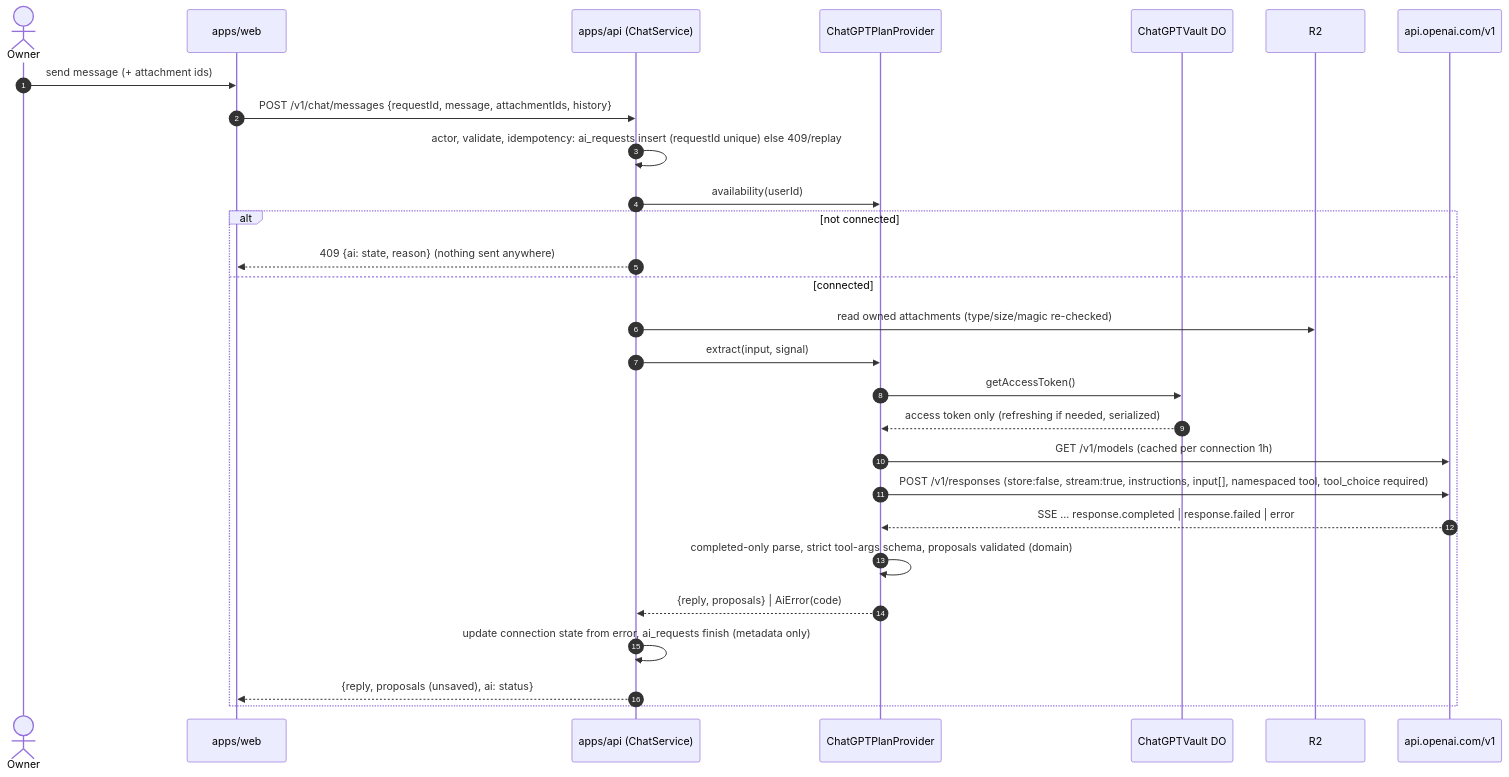
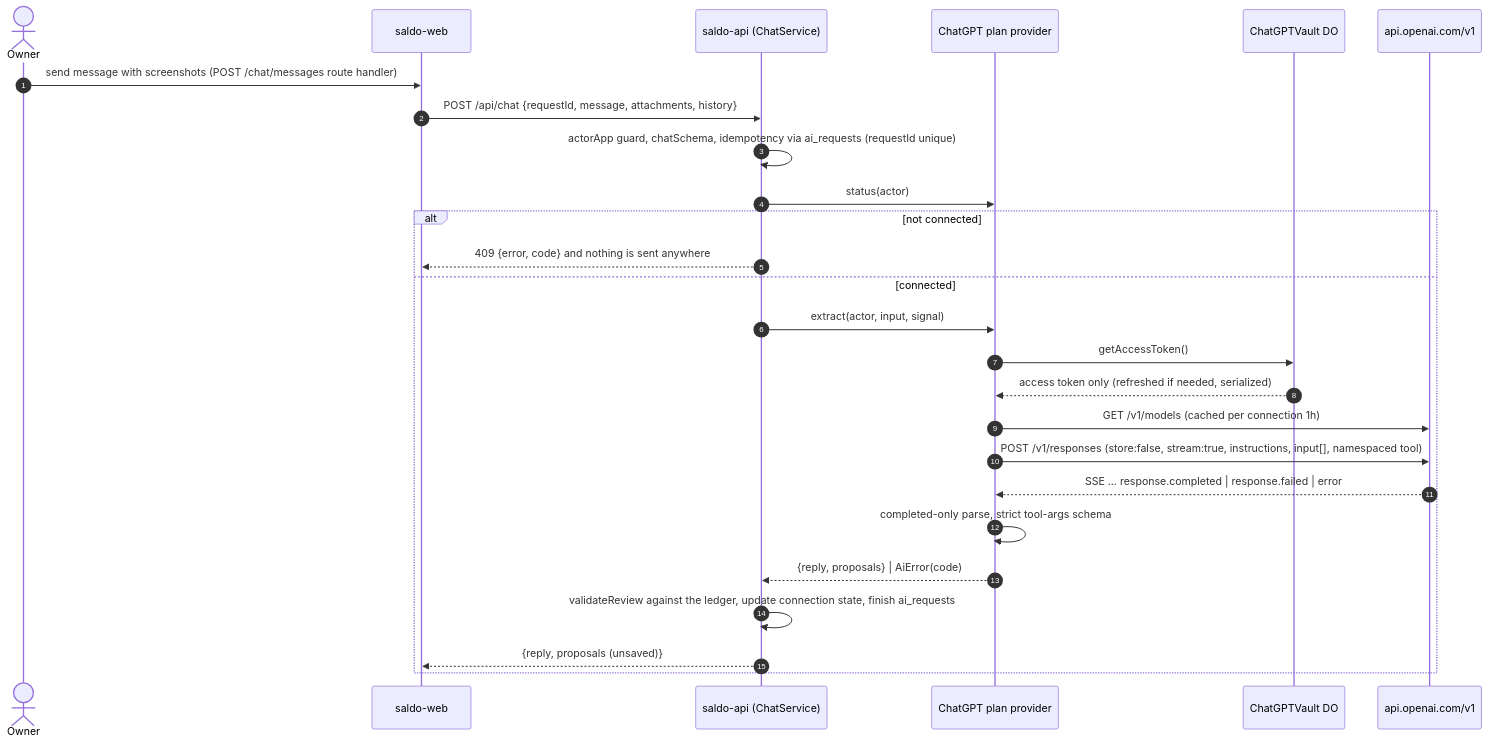
The fifth of 6 diagrams in docs/plans/chatgpt-connect-and-login.md (Reidond/saldo), drawn with Mermaid before and after one commit. The commit also changed other lines of this file and 1 other file, not shown here.

First line of the commit message:
Update the ChatGPT connect and login plan to the merged stack

````diff
--- a/docs/plans/chatgpt-connect-and-login.md
+++ b/docs/plans/chatgpt-connect-and-login.md
@@ -565,31 +575,29 @@
 ```mermaid
 sequenceDiagram
   autonumber
   actor O as Owner
-  participant W as apps/web
-  participant A as apps/api (ChatService)
-  participant P as ChatGPTPlanProvider
+  participant W as saldo-web
+  participant A as saldo-api (ChatService)
+  participant P as ChatGPT plan provider
   participant V as ChatGPTVault DO
-  participant R2 as R2
   participant M as api.openai.com/v1
 
-  O->>W: send message (+ attachment ids)
-  W->>A: POST /v1/chat/messages {requestId, message, attachmentIds, history}
-  A->>A: actor, validate, idempotency: ai_requests insert (requestId unique) else 409/replay
-  A->>P: availability(userId)
+  O->>W: send message with screenshots (POST /chat/messages route handler)
+  W->>A: POST /api/chat {requestId, message, attachments, history}
+  A->>A: actorApp guard, chatSchema, idempotency via ai_requests (requestId unique)
+  A->>P: status(actor)
   alt not connected
-    A-->>W: 409 {ai: state, reason}  (nothing sent anywhere)
+    A-->>W: 409 {error, code} and nothing is sent anywhere
   else connected
-    A->>R2: read owned attachments (type/size/magic re-checked)
-    A->>P: extract(input, signal)
+    A->>P: extract(actor, input, signal)
     P->>V: getAccessToken()
-    V-->>P: access token only (refreshing if needed, serialized)
+    V-->>P: access token only (refreshed if needed, serialized)
     P->>M: GET /v1/models (cached per connection 1h)
-    P->>M: POST /v1/responses (store:false, stream:true, instructions, input[], namespaced tool, tool_choice required)
+    P->>M: POST /v1/responses (store:false, stream:true, instructions, input[], namespaced tool)
     M-->>P: SSE ... response.completed | response.failed | error
-    P->>P: completed-only parse, strict tool-args schema, proposals validated (domain)
+    P->>P: completed-only parse, strict tool-args schema
     P-->>A: {reply, proposals} | AiError(code)
-    A->>A: update connection state from error, ai_requests finish (metadata only)
-    A-->>W: {reply, proposals (unsaved), ai: status}
+    A->>A: validateReview against the ledger, update connection state, finish ai_requests
+    A-->>W: {reply, proposals (unsaved)}
   end
 ```
````
